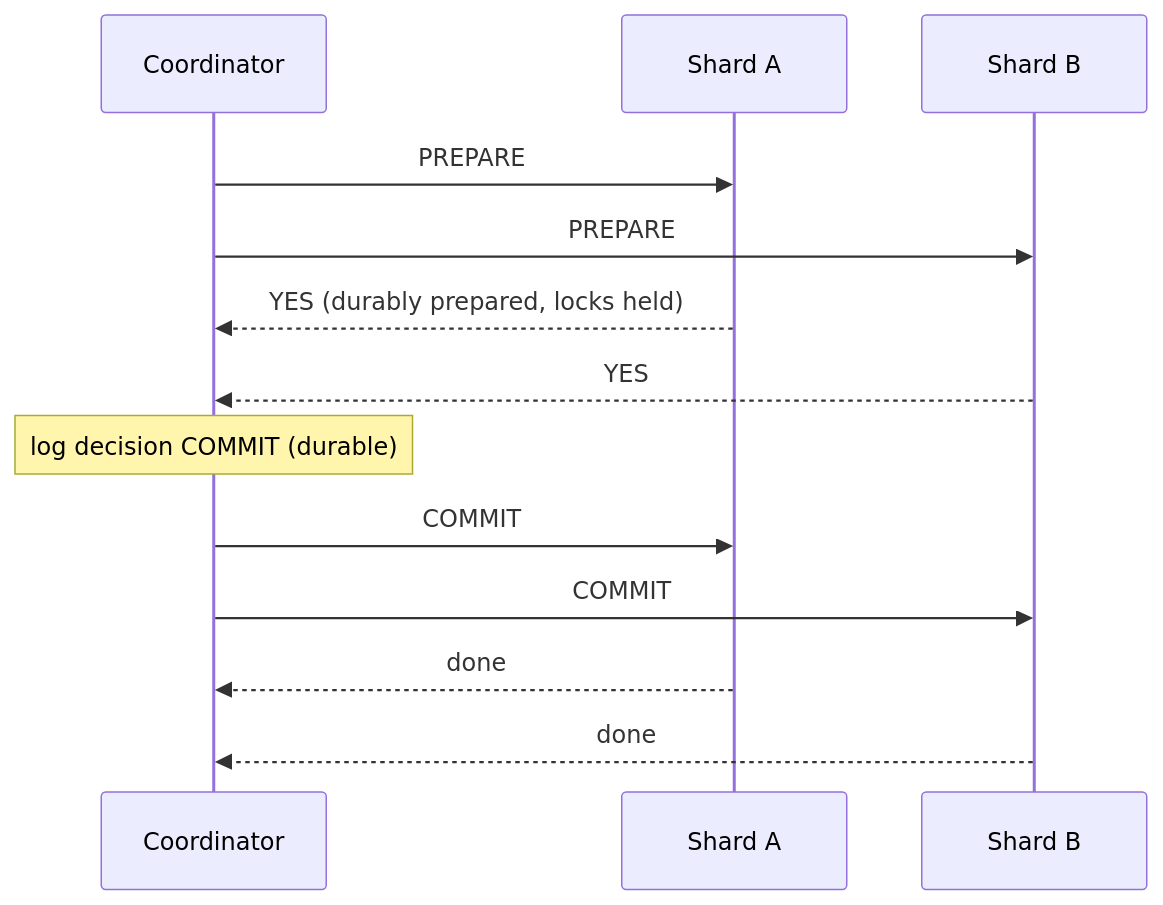
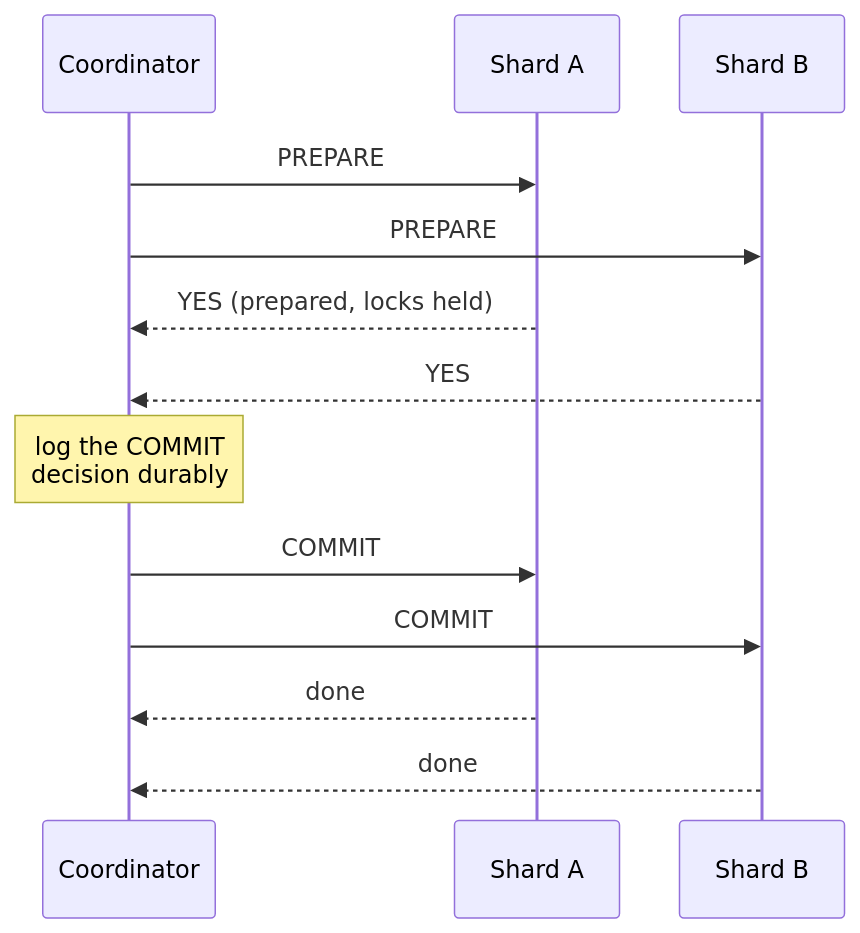
One commit to Siva010/CoreCS changed the diagram in content/lessons/db/db-distributed-transactions.md. Above: the diagram before and after it, drawn with Mermaid. The commit also changed 54 other files, not shown here.

First line of the commit message:
Add diagrams to the database lessons and make them readable

````diff
--- a/content/lessons/db/db-distributed-transactions.md
+++ b/content/lessons/db/db-distributed-transactions.md
@@ -63,15 +63,16 @@
 ```mermaid
+%%{init: {"sequence": {"width": 110, "actorMargin": 40}}}%%
 sequenceDiagram
     participant C as Coordinator
     participant A as Shard A
     participant B as Shard B
     C->>A: PREPARE
     C->>B: PREPARE
-    A-->>C: YES (durably prepared, locks held)
+    A-->>C: YES (prepared, locks held)
     B-->>C: YES
-    Note over C: log decision COMMIT (durable)
+    Note over C: log the COMMIT<br/>decision durably
     C->>A: COMMIT
     C->>B: COMMIT
     A-->>C: done
     B-->>C: done
 ```
````
